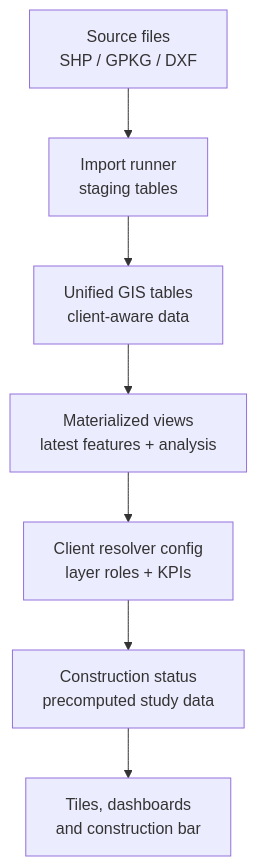
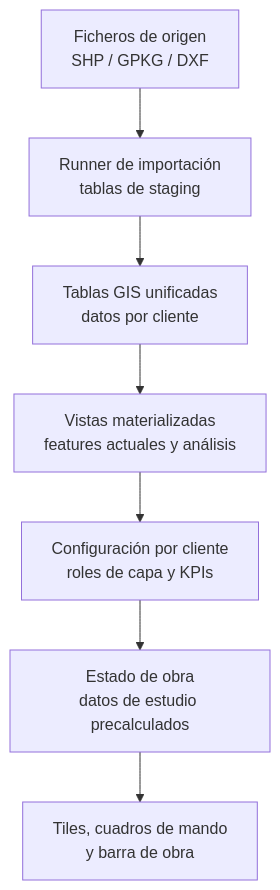
Before and after one commit to rabiiie/rsamadi-portfolio: the third of 3 diagrams in architecture/appfibra-architecture.md, drawn with Mermaid. The commit also changed other lines of this file and 8 other files, not shown here.

````diff
--- a/architecture/appfibra-architecture.md
+++ b/architecture/appfibra-architecture.md
@@ -59,9 +59,9 @@
 ```mermaid
 flowchart TB
-    Source["Source files<br/>SHP / GPKG / DXF"] --> Import["Import runner<br/>staging tables"]
-    Import --> Unified["Unified GIS tables<br/>client-aware data"]
-    Unified --> Views["Materialized views<br/>latest features + analysis"]
-    Views --> Resolver["Client resolver config<br/>layer roles + KPIs"]
-    Resolver --> Status["Construction status<br/>precomputed study data"]
-    Status --> UI["Tiles, dashboards<br/>and construction bar"]
+    Source["Ficheros de origen<br/>SHP / GPKG / DXF"] --> Import["Runner de importación<br/>tablas de staging"]
+    Import --> Unified["Tablas GIS unificadas<br/>datos por cliente"]
+    Unified --> Views["Vistas materializadas<br/>features actuales y análisis"]
+    Views --> Resolver["Configuración por cliente<br/>roles de capa y KPIs"]
+    Resolver --> Status["Estado de obra<br/>datos de estudio precalculados"]
+    Status --> UI["Tiles, cuadros de mando<br/>y barra de obra"]
 ```
````
